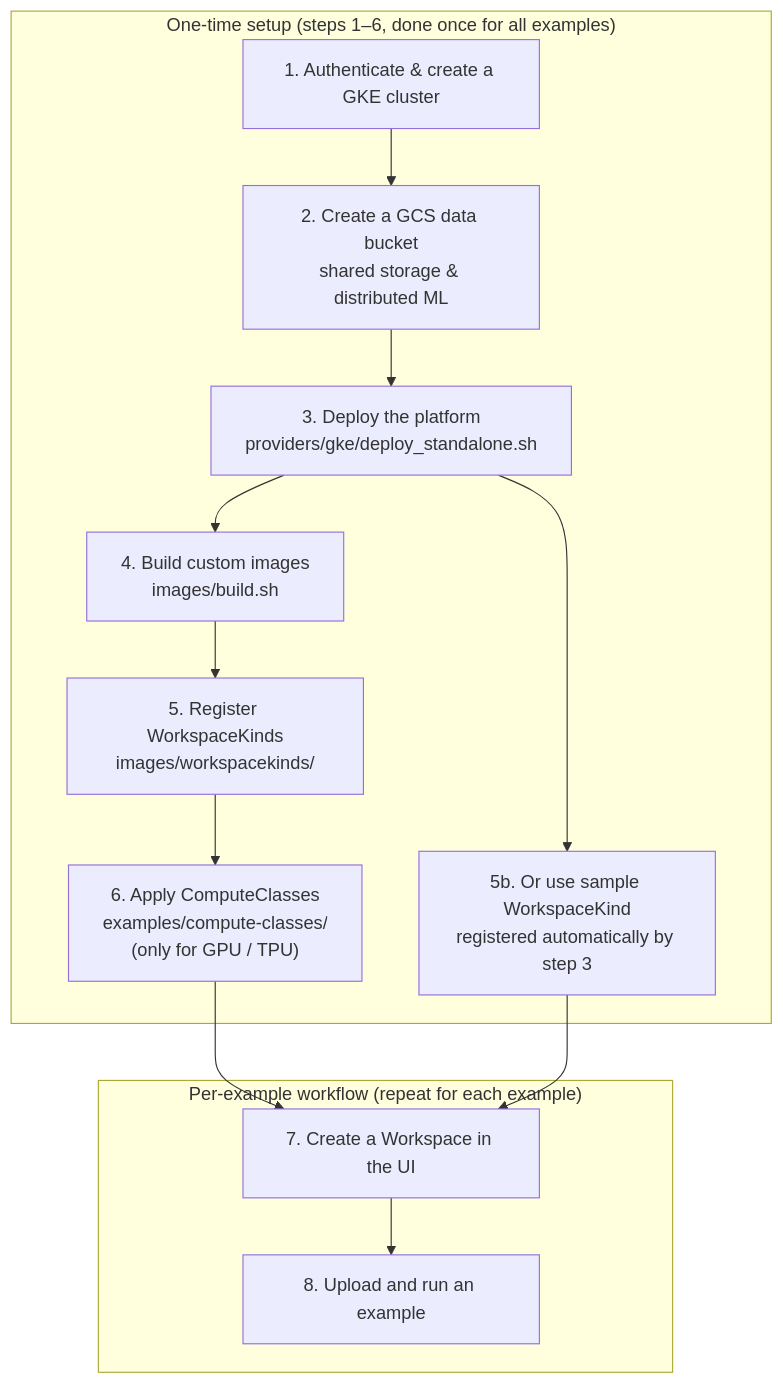
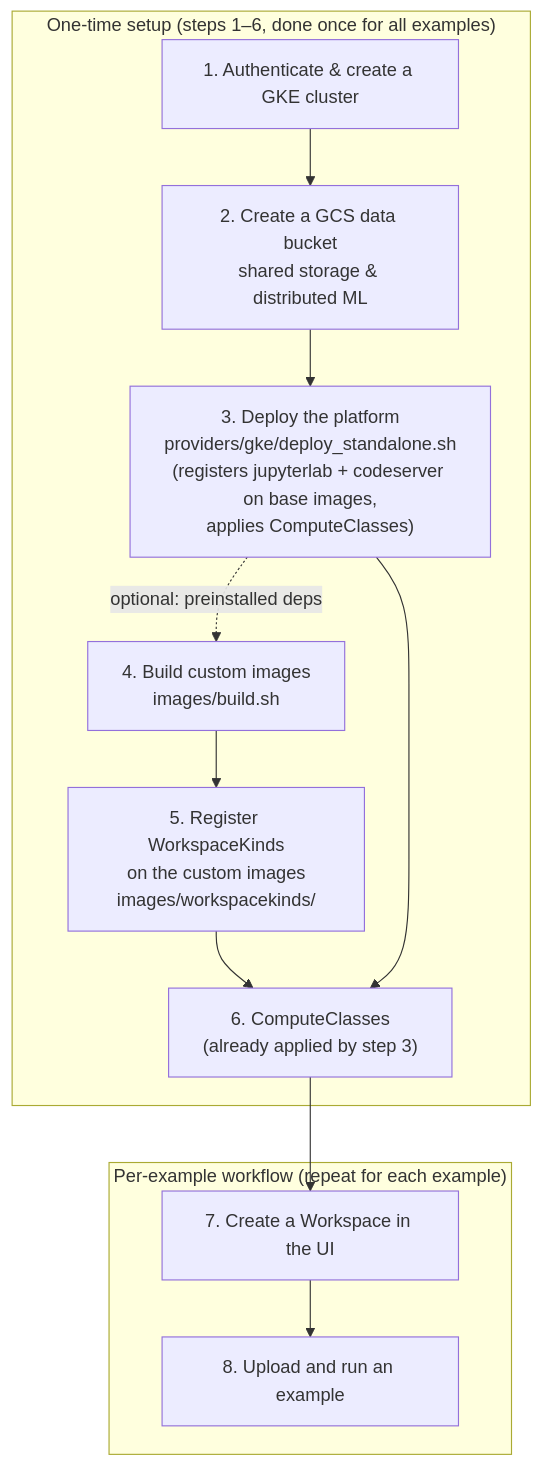
The diagram in examples/README.md (gke-labs/workspaces), drawn with Mermaid before and after one commit. The commit also changed other lines of this file and 25 other files, not shown here.

Commit message:
feat: make deploy script compatible with autopilot cluster and remove hard requirement on custom image build

````diff
--- a/examples/README.md
+++ b/examples/README.md
@@ -39,16 +41,15 @@
 ```mermaid
 flowchart TD
     subgraph S1["One-time setup (steps 1–6, done once for all examples)"]
         A["1. Authenticate & create a GKE cluster"] --> B["2. Create a GCS data bucket<br/>shared storage & distributed ML"]
-        B --> C["3. Deploy the platform<br/>providers/gke/deploy_standalone.sh"]
-        C --> D["4. Build custom images<br/>images/build.sh"]
-        D --> E["5. Register WorkspaceKinds<br/>images/workspacekinds/"]
-        C --> F["5b. Or use sample WorkspaceKind<br/>registered automatically by step 3"]
-        E --> G["6. Apply ComputeClasses<br/>examples/compute-classes/<br/>(only for GPU / TPU)"]
+        B --> C["3. Deploy the platform<br/>providers/gke/deploy_standalone.sh<br/>(registers jupyterlab + codeserver on base images,<br/>applies ComputeClasses)"]
+        C -. "optional: preinstalled deps" .-> D["4. Build custom images<br/>images/build.sh"]
+        D --> E["5. Register WorkspaceKinds<br/>on the custom images<br/>images/workspacekinds/"]
+        E --> G["6. ComputeClasses<br/>(already applied by step 3)"]
+        C --> G
     end
     subgraph S2["Per-example workflow (repeat for each example)"]
         H["7. Create a Workspace in the UI"] --> I["8. Upload and run an example"]
     end
     G --> H
-    F --> H
 ```
````
